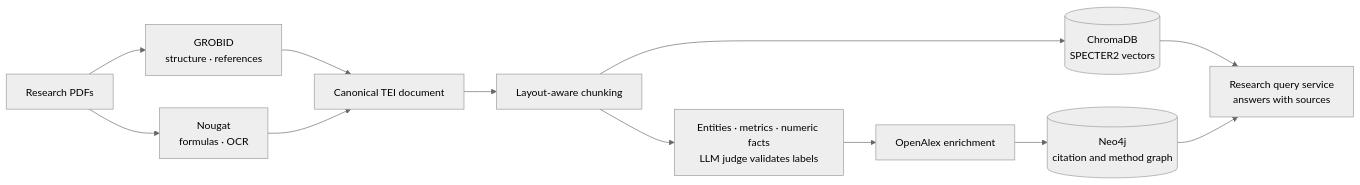
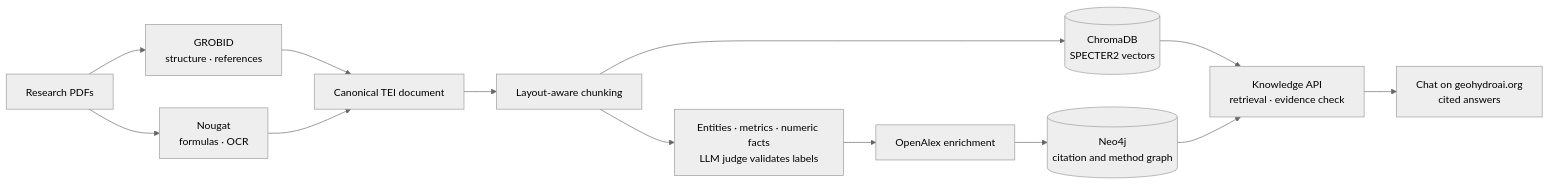
The third of 3 diagrams in pages/engineering.md (NikoriakViktor/NikoriakViktor), drawn with Mermaid (neutral theme) before and after one commit. The commit also changed other lines of this file and 3 other files, not shown here.

First line of the commit message:
Present the knowledge graph as the GeoHydroAI Knowledge chat

````diff
--- a/pages/engineering.md
+++ b/pages/engineering.md
@@ -131,14 +149,15 @@
 ```mermaid
 flowchart LR
   P[Research PDFs] --> GR[GROBID<br/>structure · references]
   P --> NG[Nougat<br/>formulas · OCR]
   GR --> D[Canonical TEI document]
   NG --> D
   D --> CH[Layout-aware chunking]
   CH --> E[Entities · metrics · numeric facts<br/>LLM judge validates labels]
   E --> OA[OpenAlex enrichment]
   CH --> VX[(ChromaDB<br/>SPECTER2 vectors)]
   OA --> KG[(Neo4j<br/>citation and method graph)]
-  VX --> Q[Research query service<br/>answers with sources]
+  VX --> Q[Knowledge API<br/>retrieval · evidence check]
   KG --> Q
+  Q --> C[Chat on geohydroai.org<br/>cited answers]
 ```
````
